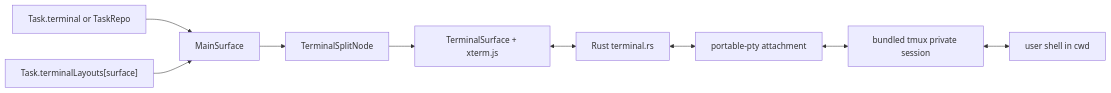
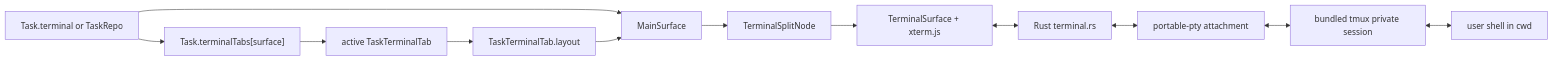
Diagram 12 of 12 in docs/architecture.md (gh0stonio/pinata), drawn with Mermaid before and after one commit. The commit also changed other lines of this file and 12 other files, not shown here.

Commit message:
Add terminal tabs and pane headers

````diff
--- a/docs/architecture.md
+++ b/docs/architecture.md
@@ -790,21 +820,26 @@
 ```mermaid
 flowchart LR
     Surface["Task.terminal or TaskRepo"]
-    Layout["Task.terminalLayouts[surface]"]
+    Tabs["Task.terminalTabs[surface]"]
+    Tab["active TaskTerminalTab"]
+    Layout["TaskTerminalTab.layout"]
     MainSurface["MainSurface"]
     SplitNode["TerminalSplitNode"]
     TerminalSurface["TerminalSurface + xterm.js"]
     RustTerminal["Rust terminal.rs"]
     PTY["portable-pty attachment"]
     Tmux["bundled tmux private session"]
     Shell["user shell in cwd"]
 
     Surface --> MainSurface
+    Surface --> Tabs
+    Tabs --> Tab
+    Tab --> Layout
     Layout --> MainSurface
     MainSurface --> SplitNode
     SplitNode --> TerminalSurface
     TerminalSurface <--> RustTerminal
     RustTerminal <--> PTY
     PTY <--> Tmux
     Tmux <--> Shell
 ```
````
